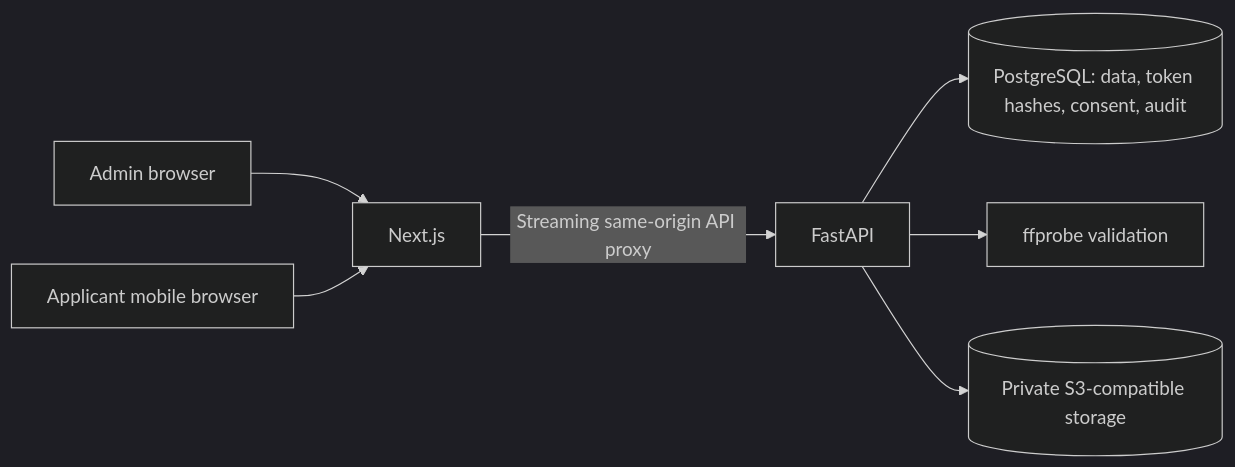
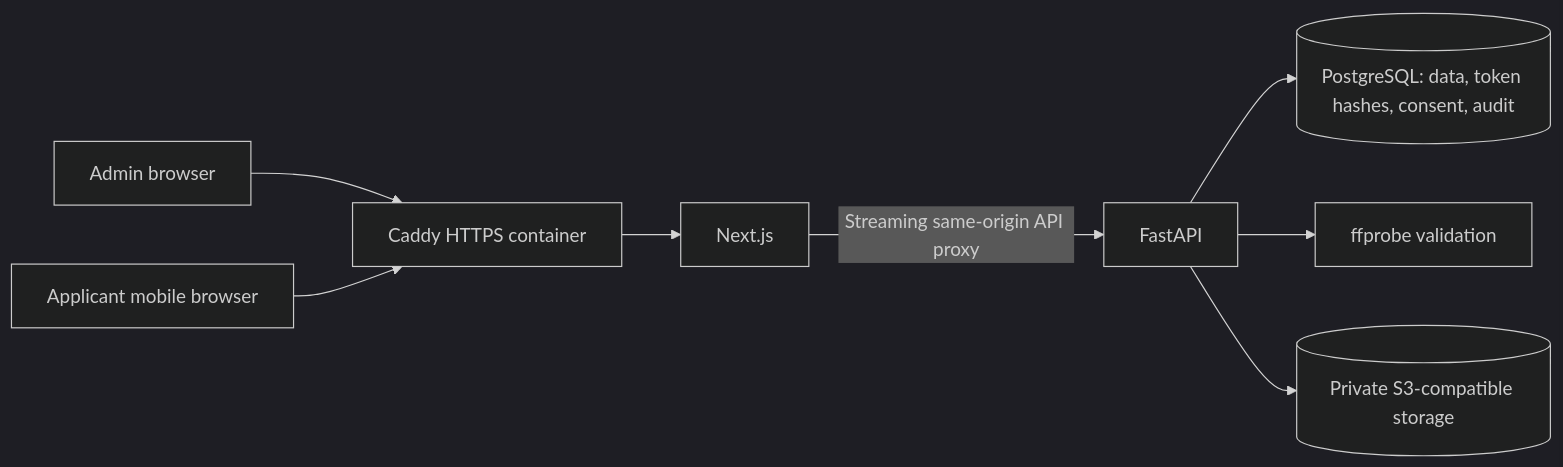
The diagram in docs/architecture.md (rexgallaron524/VisaSelfie), drawn with Mermaid (dark theme) before and after one commit. The commit also changed other lines of this file and 34 other files, not shown here.

````diff
--- a/docs/architecture.md
+++ b/docs/architecture.md
@@ -9,9 +9,10 @@
 ```mermaid
 flowchart LR
-    Admin[Admin browser] --> Web[Next.js]
-    Client[Applicant mobile browser] --> Web
+    Admin[Admin browser] --> Gateway[Caddy HTTPS container]
+    Client[Applicant mobile browser] --> Gateway
+    Gateway --> Web[Next.js]
     Web -->|Streaming same-origin API proxy| API[FastAPI]
     API --> DB[(PostgreSQL: data, token hashes, consent, audit)]
     API --> Probe[ffprobe validation]
     API --> S3[(Private S3-compatible storage)]
 ```
````
